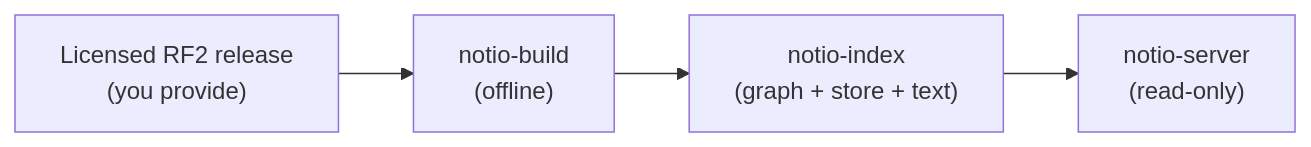
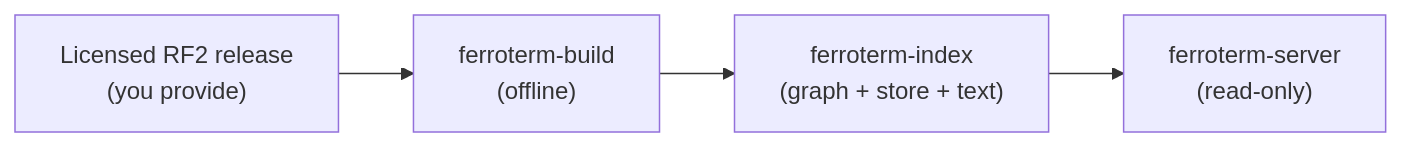
One commit to rubentalstra/FerroTERM changed the diagram in website/book/src/operate/loading-snomed.md. Above: the diagram before and after it, drawn with Mermaid. The commit also changed other lines of this file and 12360 other files, not shown here.

````diff
--- a/website/book/src/operate/loading-snomed.md
+++ b/website/book/src/operate/loading-snomed.md
@@ -33,6 +33,6 @@
 ```mermaid
 graph LR
-    RF2["Licensed RF2 release<br/>(you provide)"] --> BUILD["notio-build<br/>(offline)"]
-    BUILD --> IDX["notio-index<br/>(graph + store + text)"]
-    IDX --> SRV["notio-server<br/>(read-only)"]
+    RF2["Licensed RF2 release<br/>(you provide)"] --> BUILD["ferroterm-build<br/>(offline)"]
+    BUILD --> IDX["ferroterm-index<br/>(graph + store + text)"]
+    IDX --> SRV["ferroterm-server<br/>(read-only)"]
 ```
````
